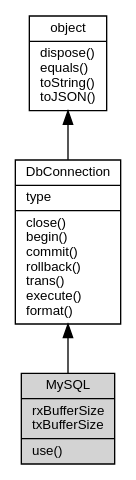
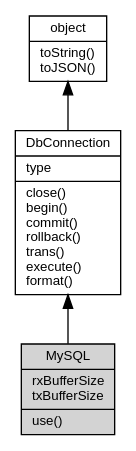
The diagram in docs/object/ifs/MySQL.md (asionius/fibjs-ceph), drawn with Graphviz before and after one commit. The commit also changed other lines of this file and 138 other files, not shown here.

````diff
--- a/docs/object/ifs/MySQL.md
+++ b/docs/object/ifs/MySQL.md
@@ -11,12 +11,12 @@
 ```dot
 digraph {
     node [fontname="Helvetica,sans-Serif", fontsize=10, shape="record", style="filled", fillcolor="white"];
 
-    object [tooltip="object", URL="object.md", label="{object|dispose()\lequals()\ltoString()\ltoJSON()\l}"];
+    object [tooltip="object", URL="object.md", label="{object|toString()\ltoJSON()\l}"];
     DbConnection [tooltip="DbConnection", URL="DbConnection.md", label="{DbConnection|type\l|close()\lbegin()\lcommit()\lrollback()\ltrans()\lexecute()\lformat()\l}"];
-    MySQL [tooltip="MySQL", fillcolor="lightgray", label="{MySQL|rxBufferSize\ltxBufferSize\l|use()\l}"];
+    MySQL [tooltip="MySQL", fillcolor="lightgray", id="me", label="{MySQL|rxBufferSize\ltxBufferSize\l|use()\l}"];
 
     object -> DbConnection [dir=back];
     DbConnection -> MySQL [dir=back];
 }
 ```
````
